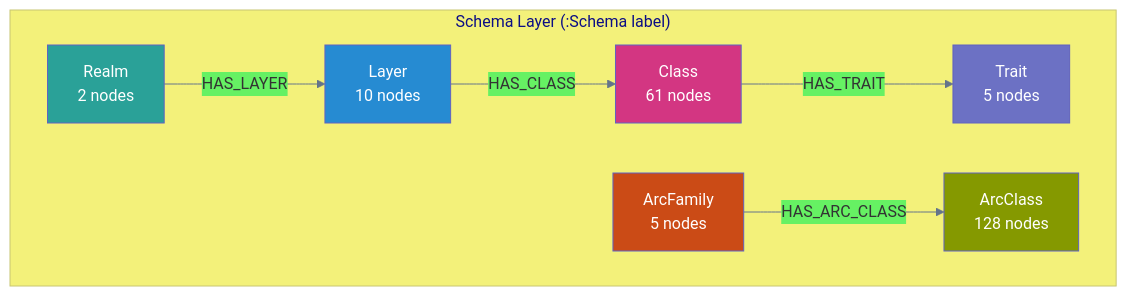
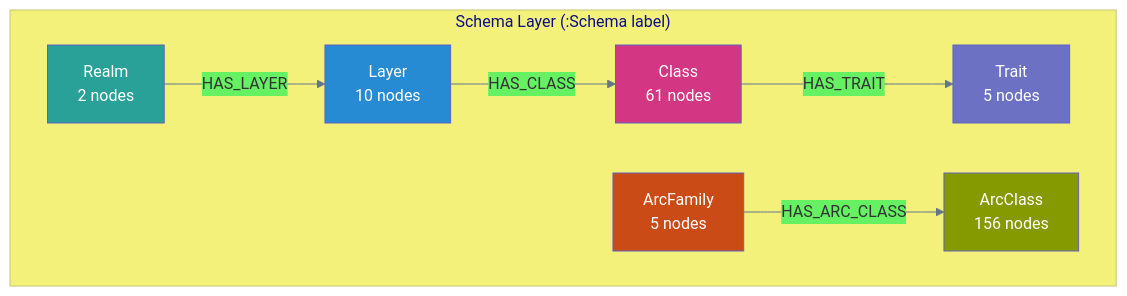
One commit to supernovae-st/novanet changed the diagram in docs/src/architecture/schema-graph.md. Above: the diagram before and after it, drawn with Mermaid. The commit also changed other lines of this file and 31 other files, not shown here.

First line of the commit message:
fix(schema): v0.12.4 version alignment + arc count update (128→156)

````diff
--- a/docs/src/architecture/schema-graph.md
+++ b/docs/src/architecture/schema-graph.md
@@ -10,27 +10,27 @@
 ```mermaid
 %%{init: {'theme': 'base', 'themeVariables': {
   'primaryColor': '#6366f1',
   'lineColor': '#64748b'
 }}}%%
 flowchart TB
     subgraph SCHEMA["Schema Layer (:Schema label)"]
         REALM["Realm\n2 nodes"]
         LAYER["Layer\n10 nodes"]
         TRAIT["Trait\n5 nodes"]
         CLASS["Class\n61 nodes"]
         ARCFAM["ArcFamily\n5 nodes"]
-        ARCCLASS["ArcClass\n128 nodes"]
+        ARCCLASS["ArcClass\n156 nodes"]
     end
 
     REALM -->|HAS_LAYER| LAYER
     LAYER -->|HAS_CLASS| CLASS
     CLASS -->|HAS_TRAIT| TRAIT
     ARCFAM -->|HAS_ARC_CLASS| ARCCLASS
 
     style REALM fill:#2aa198,color:#fff
     style LAYER fill:#268bd2,color:#fff
     style TRAIT fill:#6c71c4,color:#fff
     style CLASS fill:#d33682,color:#fff
     style ARCFAM fill:#cb4b16,color:#fff
     style ARCCLASS fill:#859900,color:#fff
 ```
````
